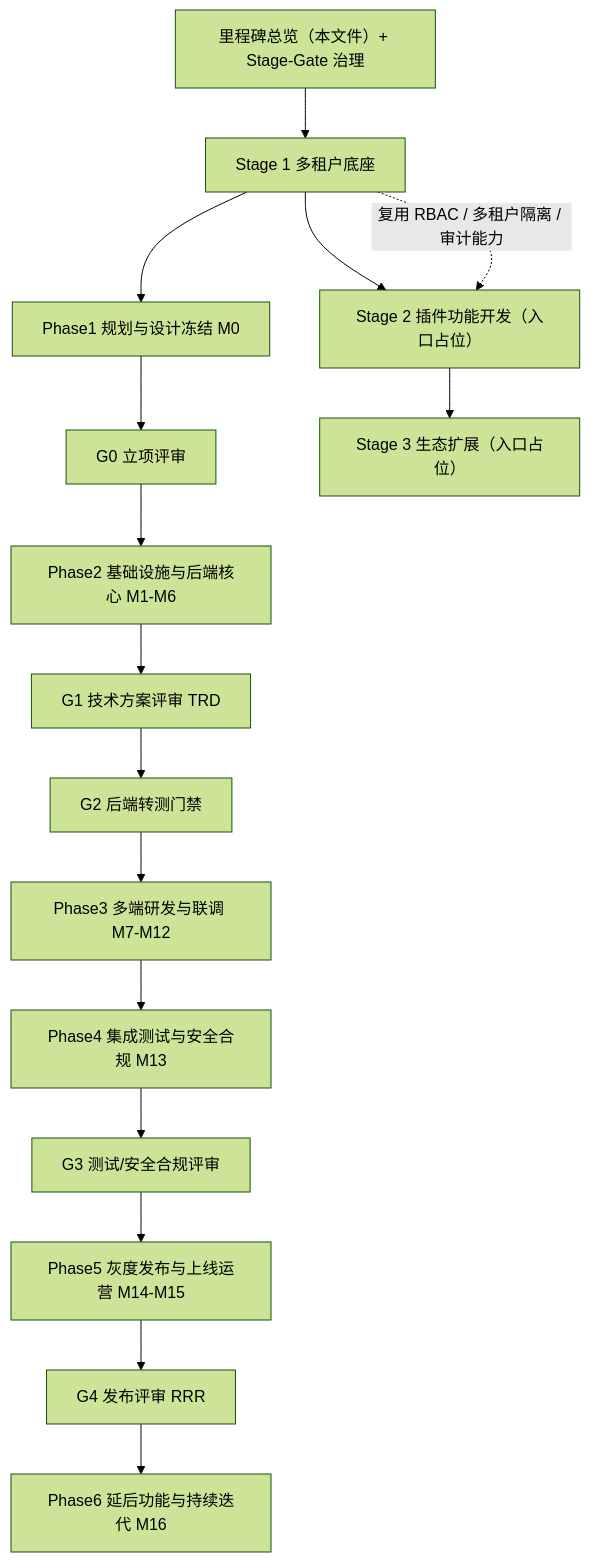
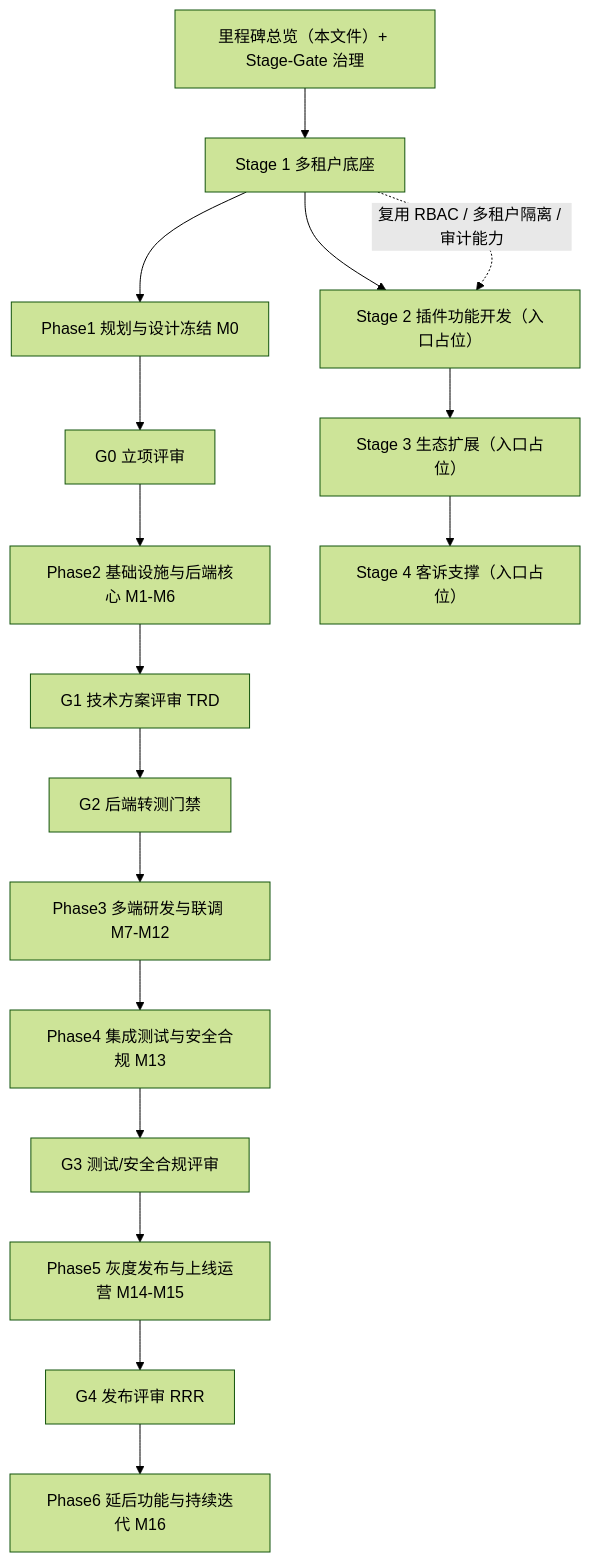
The first of 2 diagrams in wiki/01-项目总览/03-里程碑/里程碑.md (huangsf89757/XYFamily), drawn with Mermaid (forest theme) before and after one commit. The commit also changed other lines of this file and 17 other files, not shown here.

````diff
--- a/wiki/01-项目总览/03-里程碑/里程碑.md
+++ b/wiki/01-项目总览/03-里程碑/里程碑.md
@@ -107,22 +108,23 @@
 ```mermaid
 flowchart TD
     TOP["里程碑总览（本文件）+ Stage-Gate 治理"]
     S1["Stage 1 多租户底座"]
     G0["G0 立项评审"]
     G1["G1 技术方案评审 TRD"]
     G2["G2 后端转测门禁"]
     G3["G3 测试/安全合规评审"]
     G4["G4 发布评审 RRR"]
     P1["Phase1 规划与设计冻结 M0"]
     P2["Phase2 基础设施与后端核心 M1-M6"]
     P3["Phase3 多端研发与联调 M7-M12"]
     P4["Phase4 集成测试与安全合规 M13"]
     P5["Phase5 灰度发布与上线运营 M14-M15"]
     P6["Phase6 延后功能与持续迭代 M16"]
     S2["Stage 2 插件功能开发（入口占位）"]
     S3["Stage 3 生态扩展（入口占位）"]
+    S4["Stage 4 客诉支撑（入口占位）"]
 
-    TOP --> S1 --> S2 --> S3
+    TOP --> S1 --> S2 --> S3 --> S4
     S1 --> P1 --> G0 --> P2 --> G1 --> G2 --> P3 --> P4 --> G3 --> P5 --> G4 --> P6
     S1 -. "复用 RBAC / 多租户隔离 / 审计能力" .-> S2
 ```
````
